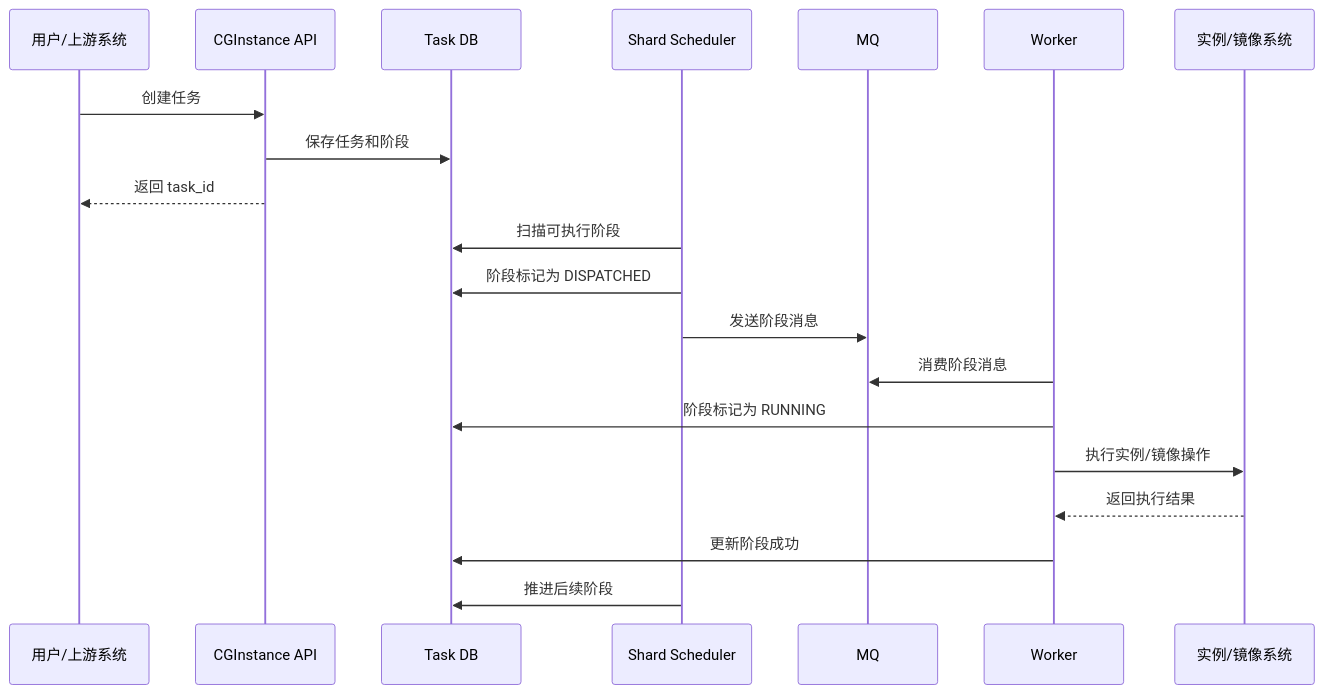
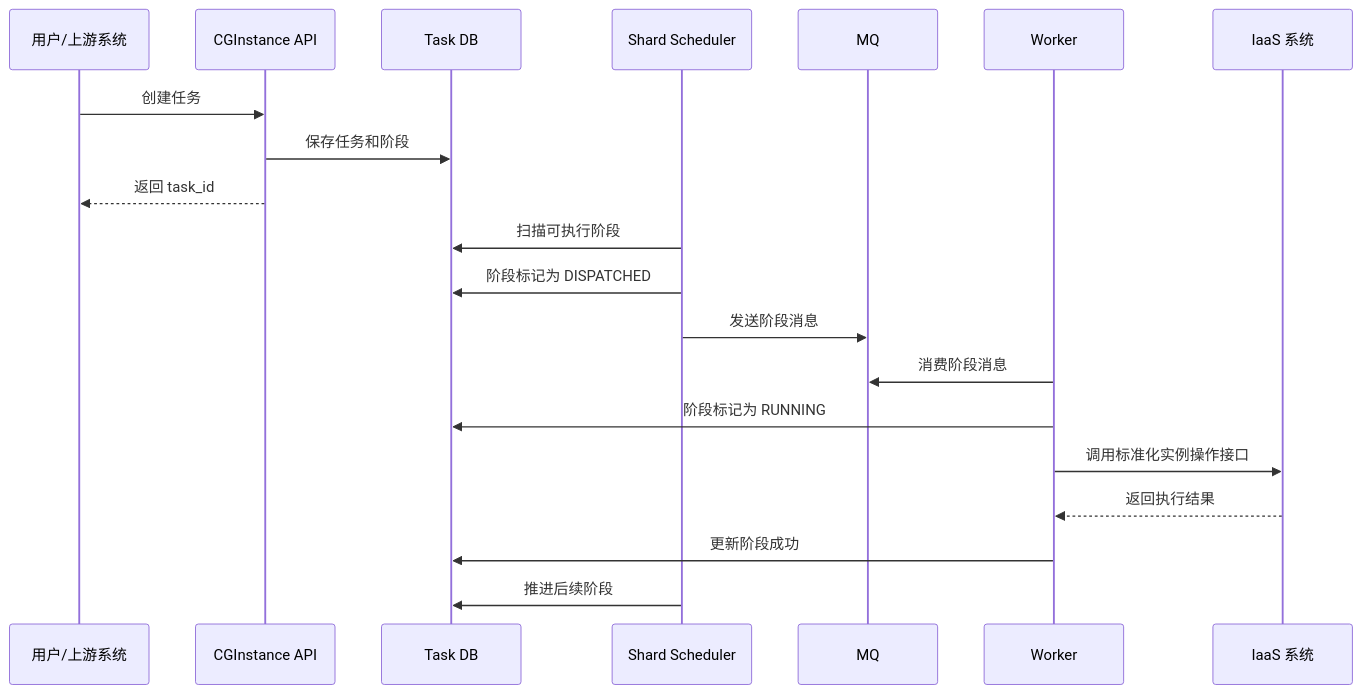
One commit to VentureDuan/docs_workspace changed the fifth of 16 diagrams in 00_Inbox/agent-drafts/CGInstance 实例任务批处理系统技术方案.md. Above: the diagram before and after it, drawn with Mermaid. The commit also changed other lines of this file and 25 other files, not shown here.

````diff
--- a/00_Inbox/agent-drafts/CGInstance 实例任务批处理系统技术方案.md
+++ b/00_Inbox/agent-drafts/CGInstance 实例任务批处理系统技术方案.md
@@ -192,26 +193,26 @@
 ```mermaid
 sequenceDiagram
     participant User as 用户/上游系统
     participant API as CGInstance API
     participant DB as Task DB
     participant Scheduler as Shard Scheduler
     participant MQ as MQ
     participant Worker as Worker
-    participant Infra as 实例/镜像系统
+    participant IaaS as IaaS 系统
 
     User->>API: 创建任务
     API->>DB: 保存任务和阶段
     API-->>User: 返回 task_id
 
     Scheduler->>DB: 扫描可执行阶段
     Scheduler->>DB: 阶段标记为 DISPATCHED
     Scheduler->>MQ: 发送阶段消息
 
     Worker->>MQ: 消费阶段消息
     Worker->>DB: 阶段标记为 RUNNING
-    Worker->>Infra: 执行实例/镜像操作
-    Infra-->>Worker: 返回执行结果
+    Worker->>IaaS: 调用标准化实例操作接口
+    IaaS-->>Worker: 返回执行结果
     Worker->>DB: 更新阶段成功
 
     Scheduler->>DB: 推进后续阶段
 ```
````
